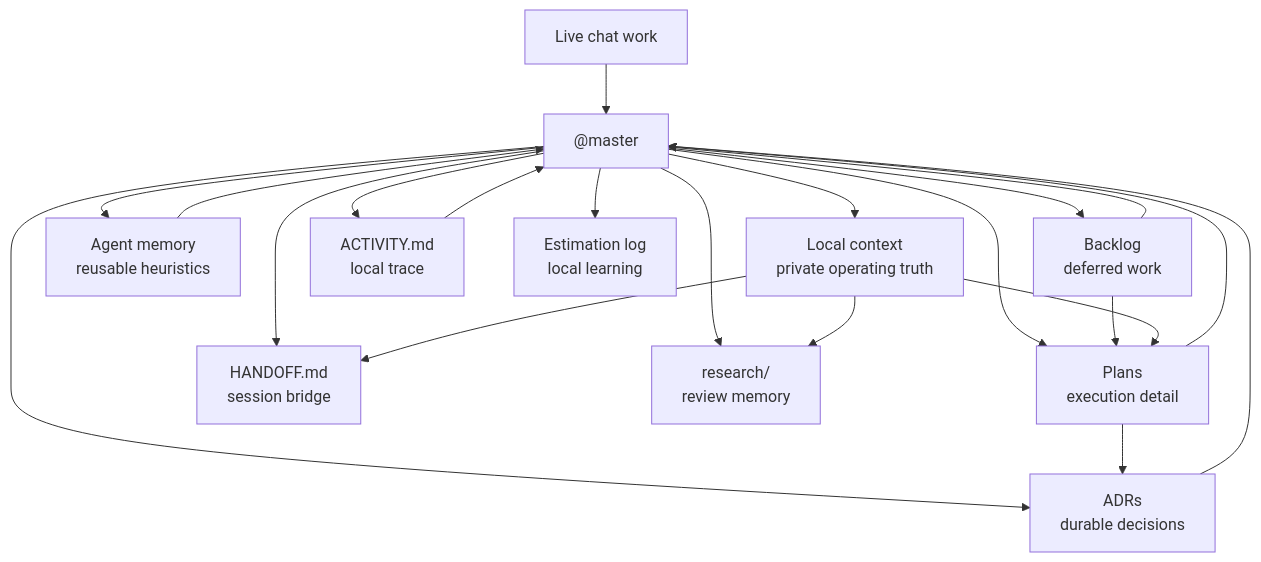
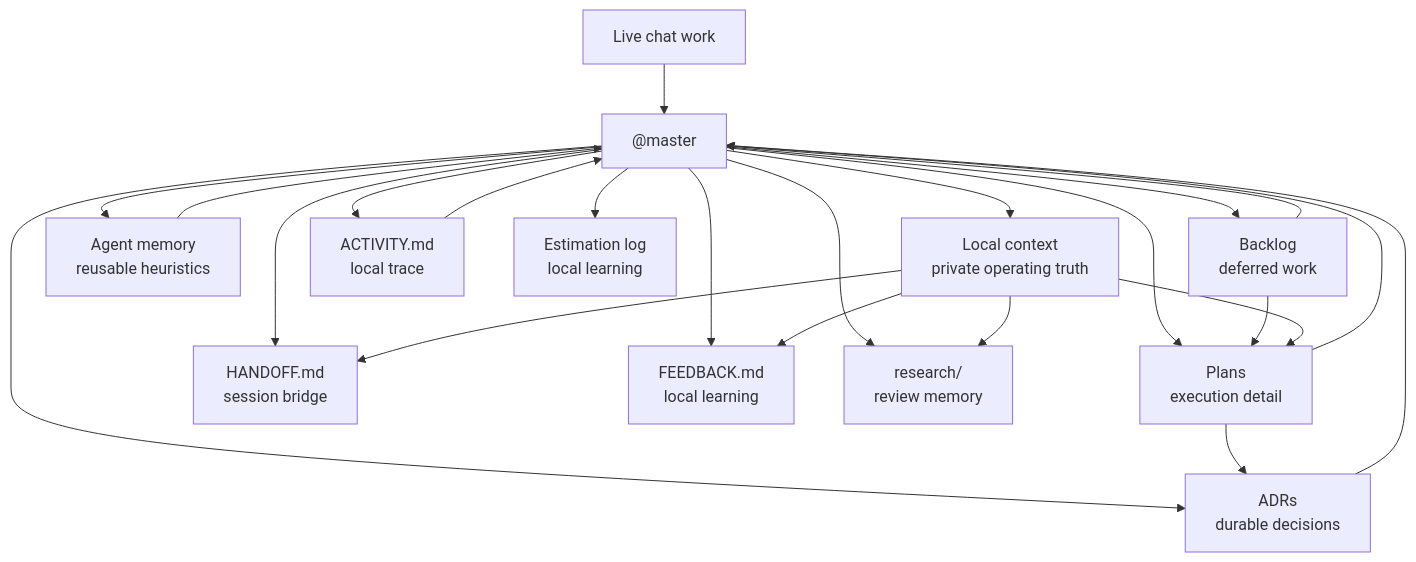
Before and after one commit to Konstantinos-Sakellariou/claude-team-kit: the diagram in docs/DURABLE_MEMORY.md, drawn with Mermaid. The commit also changed other lines of this file and 17 other files, not shown here.

````diff
--- a/docs/DURABLE_MEMORY.md
+++ b/docs/DURABLE_MEMORY.md
@@ -49,24 +50,26 @@
 ```mermaid
 flowchart TD
     CHAT["Live chat work"] --> MASTER["@master"]
     MASTER --> BACKLOG["Backlog<br/>deferred work"]
     MASTER --> PLAN["Plans<br/>execution detail"]
     MASTER --> ADR["ADRs<br/>durable decisions"]
     MASTER --> MEMORY["Agent memory<br/>reusable heuristics"]
     MASTER --> LOCAL["Local context<br/>private operating truth"]
     MASTER --> HANDOFF["HANDOFF.md<br/>session bridge"]
     MASTER --> ACTIVITY["ACTIVITY.md<br/>local trace"]
+    MASTER --> FEEDBACK["FEEDBACK.md<br/>local learning"]
     MASTER --> RESEARCH["research/<br/>review memory"]
     MASTER --> EST["Estimation log<br/>local learning"]
 
     BACKLOG --> PLAN
     PLAN --> ADR
     LOCAL --> PLAN
     LOCAL --> HANDOFF
+    LOCAL --> FEEDBACK
     LOCAL --> RESEARCH
     ACTIVITY --> MASTER
     MEMORY --> MASTER
     ADR --> MASTER
     PLAN --> MASTER
     BACKLOG --> MASTER
 ```
````
